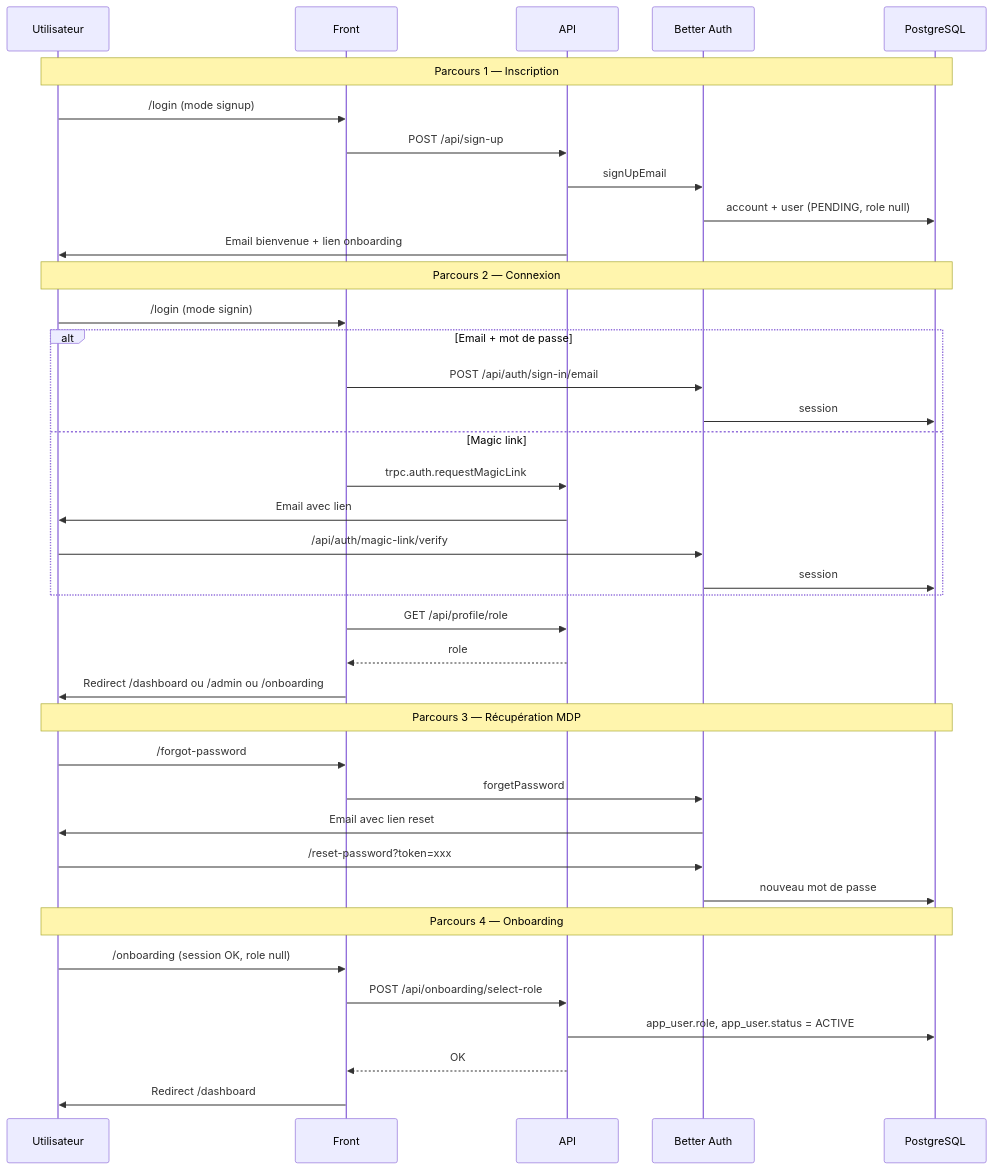
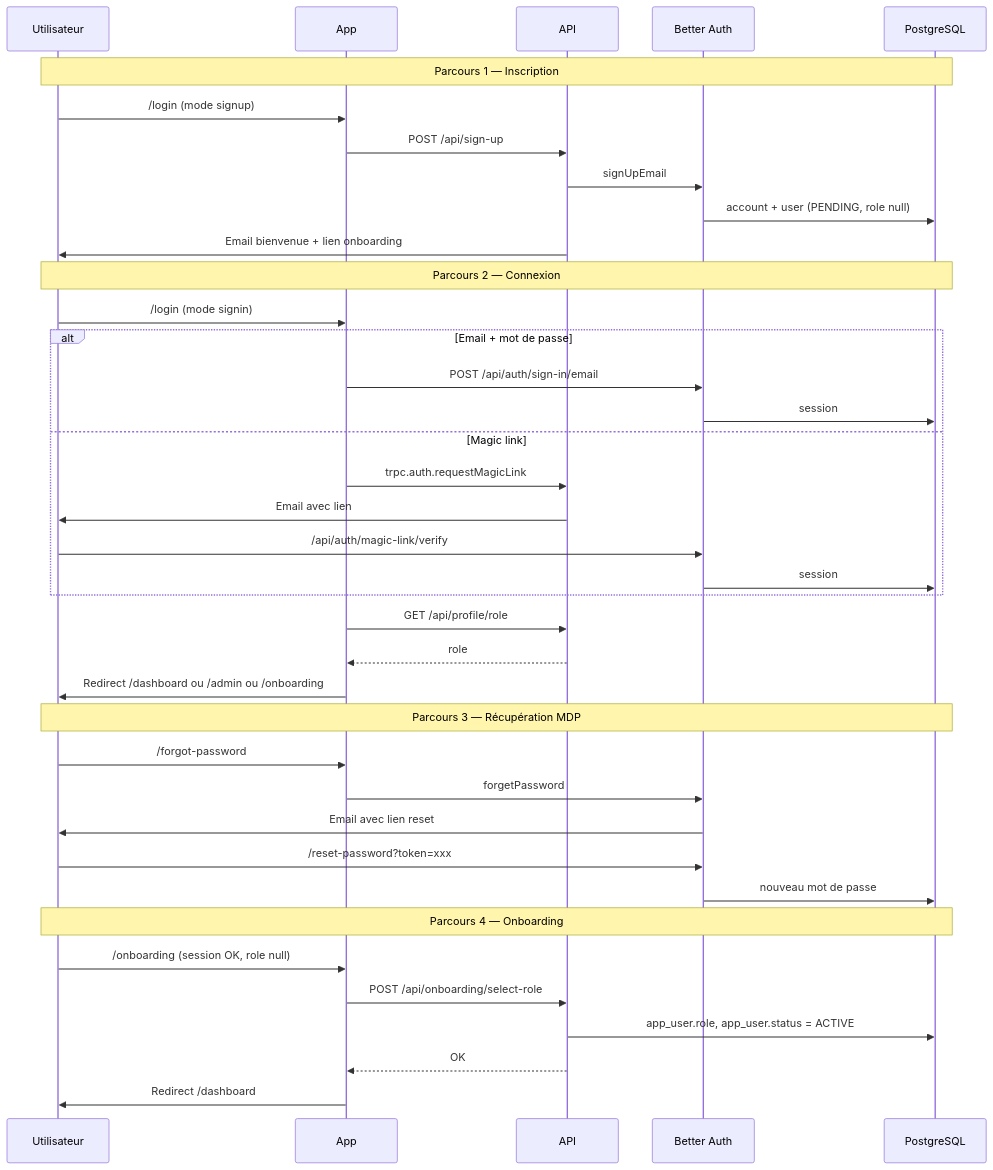
The sixth of 24 diagrams in docs/architecture.md (alice-444/ls_app), drawn with Mermaid before and after one commit. The commit also changed other lines of this file and 8 other files, not shown here.

Commit message:
docs: update application structure and documentation to reflect unified app architecture, including shared components and deployment details

````diff
--- a/docs/architecture.md
+++ b/docs/architecture.md
@@ -235,44 +228,44 @@
 ```mermaid
 sequenceDiagram
   participant U as Utilisateur
-  participant F as Front
+  participant A as App
   participant API as API
   participant Auth as Better Auth
   participant DB as PostgreSQL
 
   Note over U,DB: Parcours 1 — Inscription
-  U->>F: /login (mode signup)
-  F->>API: POST /api/sign-up
+  U->>A: /login (mode signup)
+  A->>API: POST /api/sign-up
   API->>Auth: signUpEmail
   Auth->>DB: account + user (PENDING, role null)
   API->>U: Email bienvenue + lien onboarding
 
   Note over U,DB: Parcours 2 — Connexion
-  U->>F: /login (mode signin)
+  U->>A: /login (mode signin)
   alt Email + mot de passe
-    F->>Auth: POST /api/auth/sign-in/email
+    A->>Auth: POST /api/auth/sign-in/email
     Auth->>DB: session
   else Magic link
-    F->>API: trpc.auth.requestMagicLink
+    A->>API: trpc.auth.requestMagicLink
     API->>U: Email avec lien
     U->>Auth: /api/auth/magic-link/verify
     Auth->>DB: session
   end
-  F->>API: GET /api/profile/role
-  API-->>F: role
-  F->>U: Redirect /dashboard ou /admin ou /onboarding
+  A->>API: GET /api/profile/role
+  API-->>A: role
+  A->>U: Redirect /dashboard ou /admin ou /onboarding
 
   Note over U,DB: Parcours 3 — Récupération MDP
-  U->>F: /forgot-password
-  F->>Auth: forgetPassword
+  U->>A: /forgot-password
+  A->>Auth: forgetPassword
   Auth->>U: Email avec lien reset
   U->>Auth: /reset-password?token=xxx
   Auth->>DB: nouveau mot de passe
 
   Note over U,DB: Parcours 4 — Onboarding
-  U->>F: /onboarding (session OK, role null)
-  F->>API: POST /api/onboarding/select-role
+  U->>A: /onboarding (session OK, role null)
+  A->>API: POST /api/onboarding/select-role
   API->>DB: app_user.role, app_user.status = ACTIVE
-  API-->>F: OK
-  F->>U: Redirect /dashboard
+  API-->>A: OK
+  A->>U: Redirect /dashboard
 ```
````
